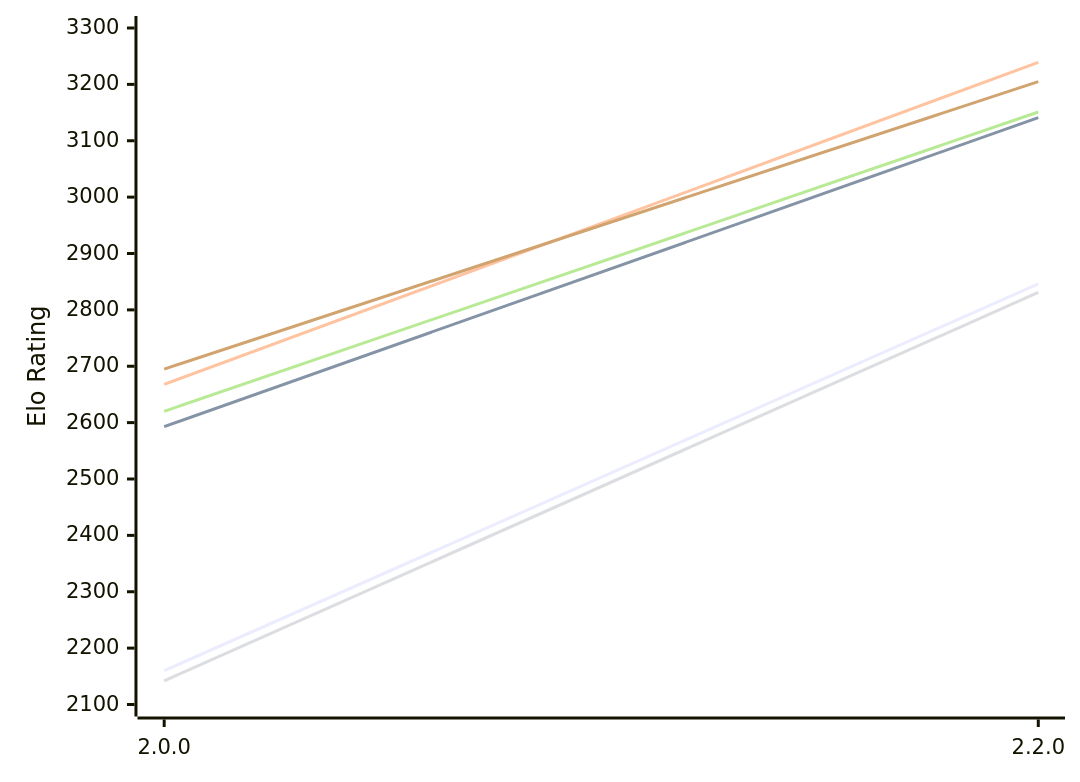
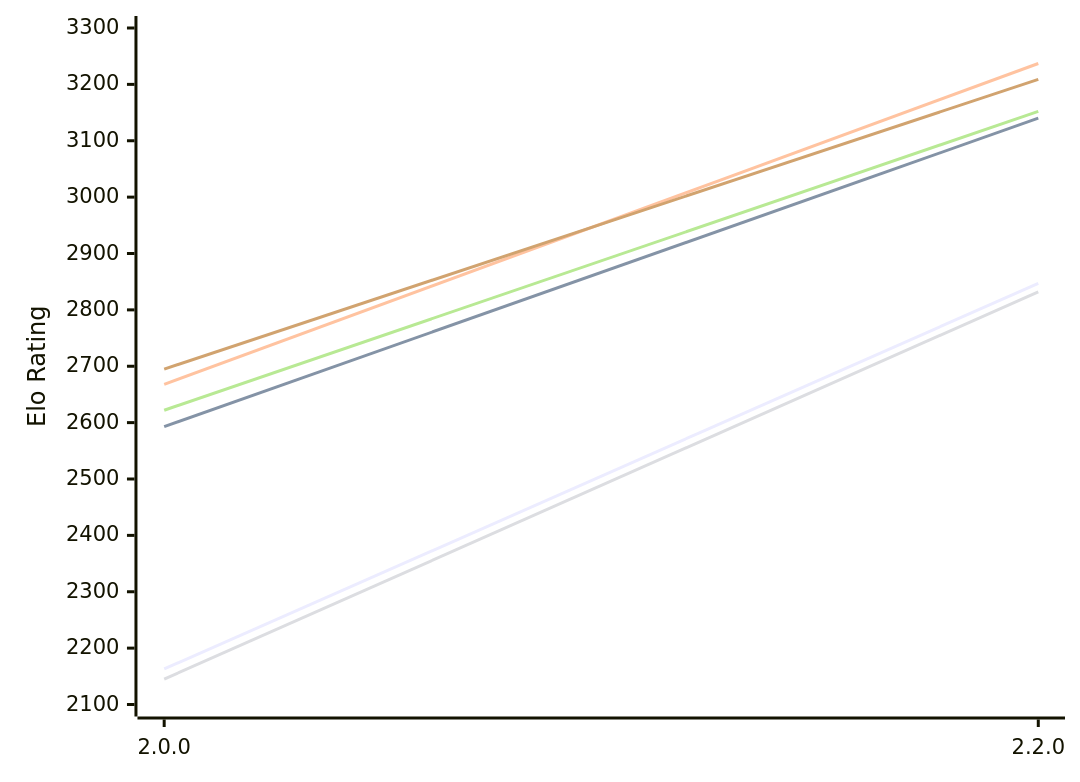
The first of 2 diagrams in engines/SoloEngine.md (computer-chess-index/cci), drawn with Mermaid before and after one commit. The commit also changed other lines of this file, not shown here.

Commit message:
Update CCI Ratings (ELO VLTC) - 2026-11-28

````diff
--- a/engines/SoloEngine.md
+++ b/engines/SoloEngine.md
@@ -55,12 +55,12 @@
 ```mermaid
 %%{init: {"theme":"base","themeVariables":{"seriesColors:['#a3a3a3','#222221','#faa371']}}}%%
 xychart-beta
   x-axis ["2.0.0", "2.2.0"]
   y-axis "Elo Rating" 2100 --> 3300
-  line "E1: STC (8.0+0.08s)" [2160, 2846]
-  line "E1: LTC (60.0+0.60s)" [2593, 3141]
-  line "E1: VLTC (2m24s+1.12s)" [2668, 3239]
-  line "P1: STC (8.0+0.08s)" [2142, 2831]
-  line "P1: LTC (60.0+0.60s)" [2620, 3151]
-  line "P1: VLTC (2m24s+1.12s)" [2695, 3205]
+  line "E1: STC (8.0+0.08s)" [2163, 2847]
+  line "E1: LTC (60.0+0.60s)" [2593, 3140]
+  line "E1: VLTC (2m24s+1.12s)" [2668, 3237]
+  line "P1: STC (8.0+0.08s)" [2145, 2832]
+  line "P1: LTC (60.0+0.60s)" [2622, 3152]
+  line "P1: VLTC (2m24s+1.12s)" [2695, 3209]
 ```
````
